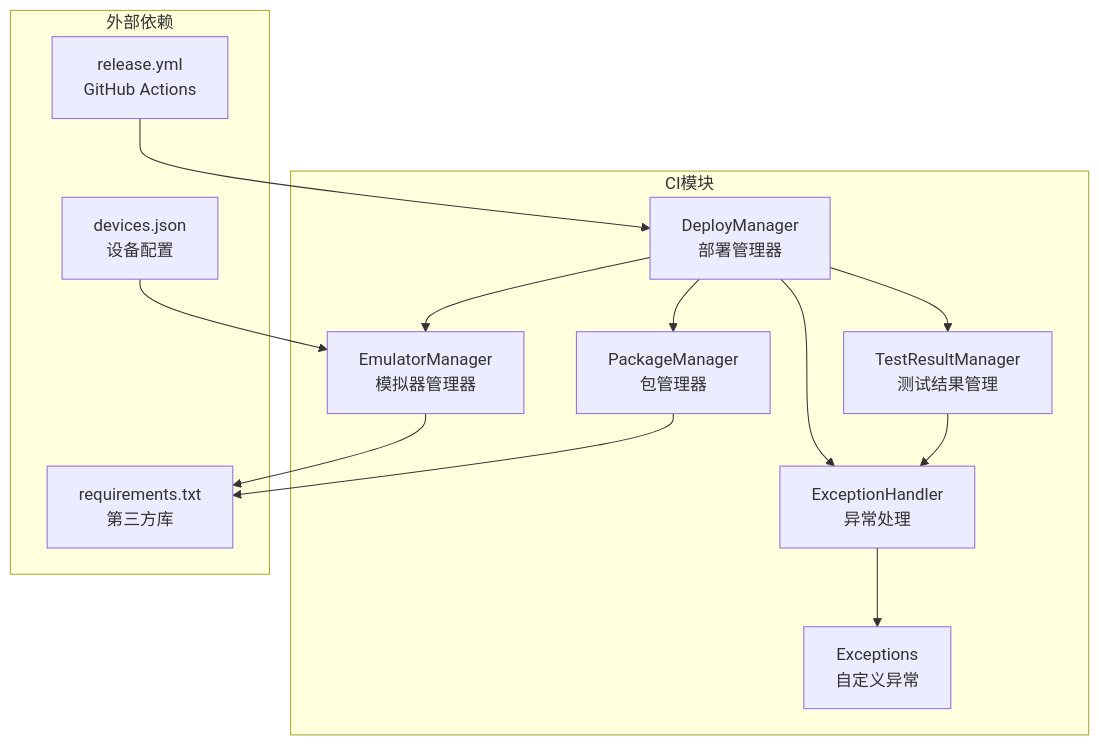
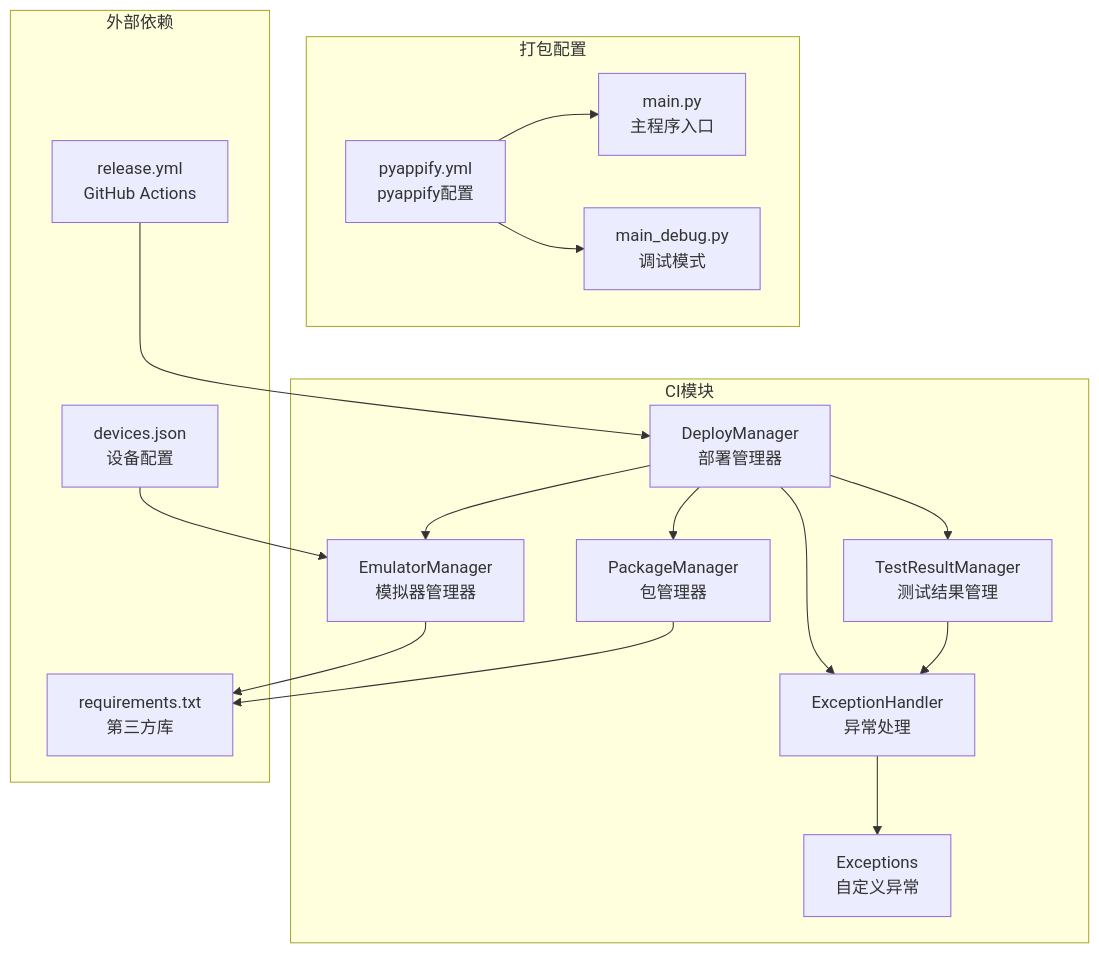
One commit to xsy098-max/ok-jump changed the first of 9 diagrams in .qoder/repowiki/zh/content/CI_CD 集成/部署管理.md. Above: the diagram before and after it, drawn with Mermaid. The commit also changed other lines of this file and 21 other files, not shown here.

````diff
--- a/.qoder/repowiki/zh/content/CI_CD 集成/部署管理.md
+++ b/.qoder/repowiki/zh/content/CI_CD 集成/部署管理.md
@@ -43,26 +48,33 @@
 ```mermaid
 graph TB
 subgraph "CI模块"
 PM["PackageManager<br/>包管理器"]
 EM["EmulatorManager<br/>模拟器管理器"]
 DM["DeployManager<br/>部署管理器"]
 EH["ExceptionHandler<br/>异常处理"]
 TRM["TestResultManager<br/>测试结果管理"]
 EX["Exceptions<br/>自定义异常"]
+end
+subgraph "打包配置"
+PA["pyappify.yml<br/>pyappify配置"]
+MP["main.py<br/>主程序入口"]
+MD["main_debug.py<br/>调试模式"]
 end
 subgraph "外部依赖"
 REQ["requirements.txt<br/>第三方库"]
 DEV["devices.json<br/>设备配置"]
 GH["release.yml<br/>GitHub Actions"]
 end
 PM --> REQ
 EM --> REQ
 DM --> PM
 DM --> EM
 EH --> EX
 TRM --> EH
 DM --> EH
 DM --> TRM
 DEV --> EM
 GH --> DM
+PA --> MP
+PA --> MD
 ```
````
